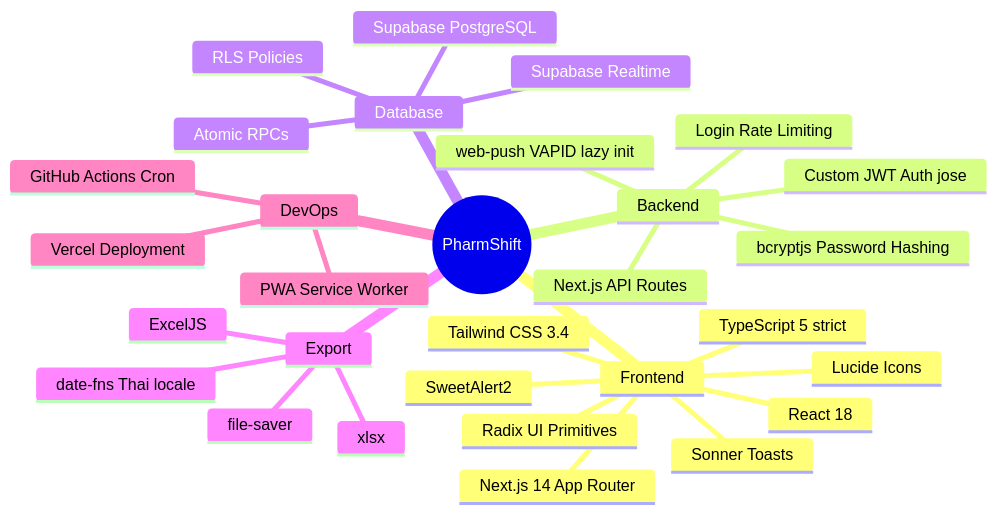
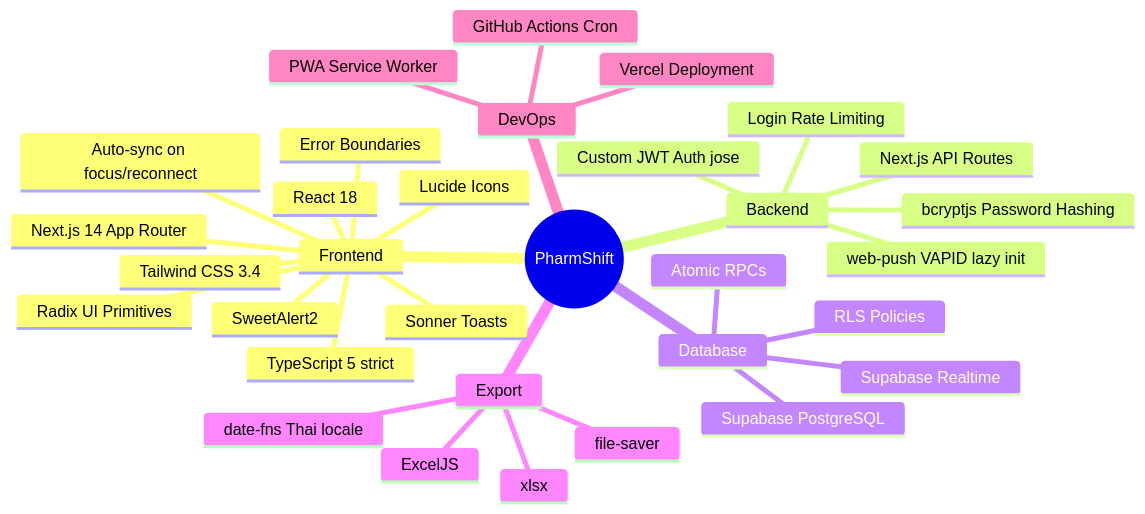
The fourth of 5 diagrams in README.md (codex074/pharmshift), drawn with Mermaid before and after one commit. The commit also changed other lines of this file, not shown here.

````diff
--- a/README.md
+++ b/README.md
@@ -135,33 +135,35 @@
 ```mermaid
 mindmap
   root((PharmShift))
     Frontend
       Next.js 14 App Router
       React 18
       TypeScript 5 strict
       Tailwind CSS 3.4
       Radix UI Primitives
       Lucide Icons
       Sonner Toasts
       SweetAlert2
+      Error Boundaries
+      Auto-sync on focus/reconnect
     Backend
       Next.js API Routes
       Custom JWT Auth jose
       bcryptjs Password Hashing
       Login Rate Limiting
       web-push VAPID lazy init
     Database
       Supabase PostgreSQL
       Supabase Realtime
       RLS Policies
       Atomic RPCs
     Export
       ExcelJS
       xlsx
       file-saver
       date-fns Thai locale
     DevOps
       Vercel Deployment
       GitHub Actions Cron
       PWA Service Worker
 ```
````
